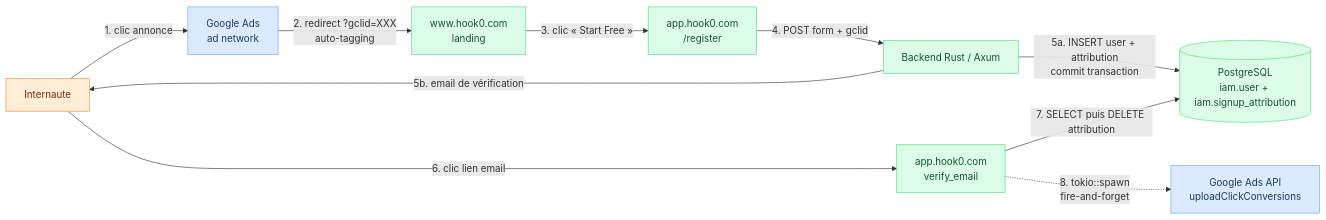
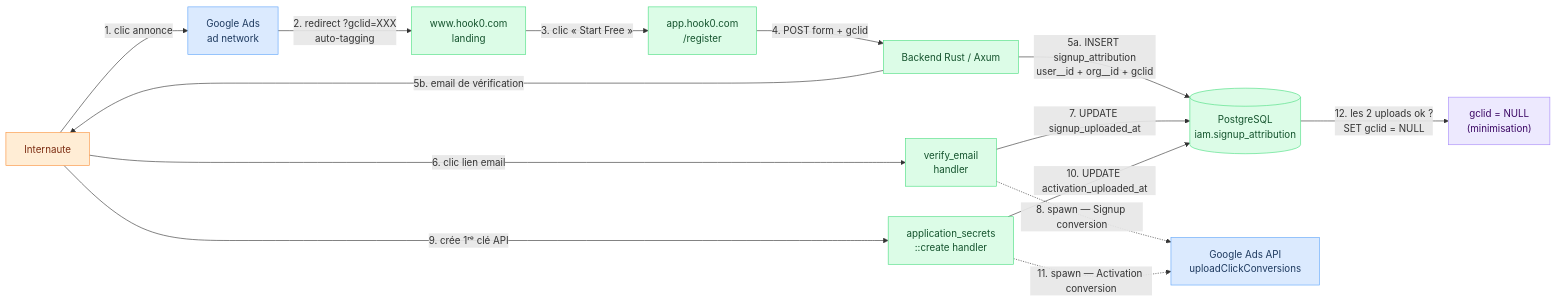
Before and after one commit to hook0/hook0: the diagram in documentation/hook0-cloud/legitimate-interest-balance-test-google-ads.md, drawn with Mermaid. The commit also changed other lines of this file and 17 other files, not shown here.

Commit message:
feat(api): Google Ads activation conversion on first API key

````diff
--- a/documentation/hook0-cloud/legitimate-interest-balance-test-google-ads.md
+++ b/documentation/hook0-cloud/legitimate-interest-balance-test-google-ads.md
@@ -168,25 +179,32 @@
 ```mermaid
 flowchart LR
     User["Internaute"]:::customer
     GAds["Google Ads<br/>ad network"]:::external
     Landing["www.hook0.com<br/>landing"]:::hook0
     Register["app.hook0.com<br/>/register"]:::hook0
     Backend["Backend Rust / Axum"]:::hook0
-    DB[("PostgreSQL<br/>iam.user + iam.signup_attribution")]:::hook0
-    Verify["app.hook0.com<br/>verify_email"]:::hook0
+    DB[("PostgreSQL<br/>iam.signup_attribution")]:::hook0
+    Verify["verify_email<br/>handler"]:::hook0
+    ApiKey["application_secrets<br/>::create handler"]:::hook0
     GAdsAPI["Google Ads API<br/>uploadClickConversions"]:::external
+    Null["gclid = NULL<br/>(minimisation)"]:::processing
 
     User -->|1. clic annonce| GAds
     GAds -->|2. redirect ?gclid=XXX<br/>auto-tagging| Landing
     Landing -->|3. clic « Start Free »| Register
     Register -->|4. POST form + gclid| Backend
-    Backend -->|5a. INSERT user + attribution<br/>commit transaction| DB
+    Backend -->|5a. INSERT signup_attribution<br/>user__id + org__id + gclid| DB
     Backend -->|5b. email de vérification| User
     User -->|6. clic lien email| Verify
-    Verify -->|7. SELECT puis DELETE attribution| DB
-    Verify -.->|8. tokio::spawn<br/>fire-and-forget| GAdsAPI
+    Verify -->|7. UPDATE signup_uploaded_at| DB
+    Verify -.->|8. spawn — Signup conversion| GAdsAPI
+    User -->|9. crée 1ʳᵉ clé API| ApiKey
+    ApiKey -->|10. UPDATE activation_uploaded_at| DB
+    ApiKey -.->|11. spawn — Activation conversion| GAdsAPI
+    DB -->|12. les 2 uploads ok ?<br/>SET gclid = NULL| Null
 
     classDef external fill:#dbeafe,stroke:#60a5fa,color:#1e3a5f
     classDef hook0 fill:#dcfce7,stroke:#4ade80,color:#14532d
     classDef customer fill:#ffedd5,stroke:#fb923c,color:#7c2d12
+    classDef processing fill:#ede9fe,stroke:#a78bfa,color:#3b0764
 ```
````
